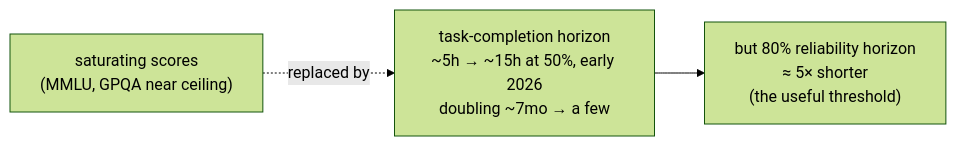
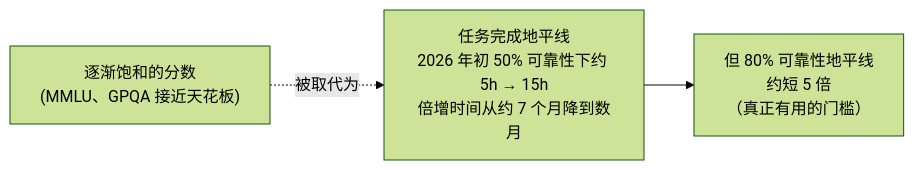
One commit to latere-ai/ai-as-an-infrastructure changed the first of 2 diagrams in zh/infrastructure/08-the-capability-horizon.qmd. Above: the diagram before and after it, drawn with Mermaid (forest theme). The commit also changed other lines of this file and 273 other files, not shown here.

Commit message:
docs: localize Chinese diagrams

````diff
--- a/zh/infrastructure/08-the-capability-horizon.qmd
+++ b/zh/infrastructure/08-the-capability-horizon.qmd
@@ -11,9 +11,9 @@
 ```{mermaid}
 %%| label: fig-horizon-trend
 %%| fig-cap: "把前沿重构成一道地平线：一个模型能自主完成的任务有多长，飞快攀升，倍增时间同时缩短。头条是 50% 可靠性下的地平线；具有经济价值的 80% 地平线大约要短五倍，而这道差距正是绑住一切的约束。"
 flowchart LR
-  score["saturating scores<br/>(MMLU, GPQA near ceiling)"]
-  horizon["task-completion horizon<br/>~5h → ~15h at 50%, early 2026<br/>doubling ~7mo → a few"]
-  gap["but 80% reliability horizon<br/>≈ 5× shorter<br/>(the useful threshold)"]
-  score -.replaced by.-> horizon --> gap
+  score["逐渐饱和的分数<br/>(MMLU、GPQA 接近天花板)"]
+  horizon["任务完成地平线<br/>2026 年初 50% 可靠性下约 5h → 15h<br/>倍增时间从约 7 个月降到数月"]
+  gap["但 80% 可靠性地平线<br/>约短 5 倍<br/>（真正有用的门槛）"]
+  score -.被取代为.-> horizon --> gap
 ```
````
